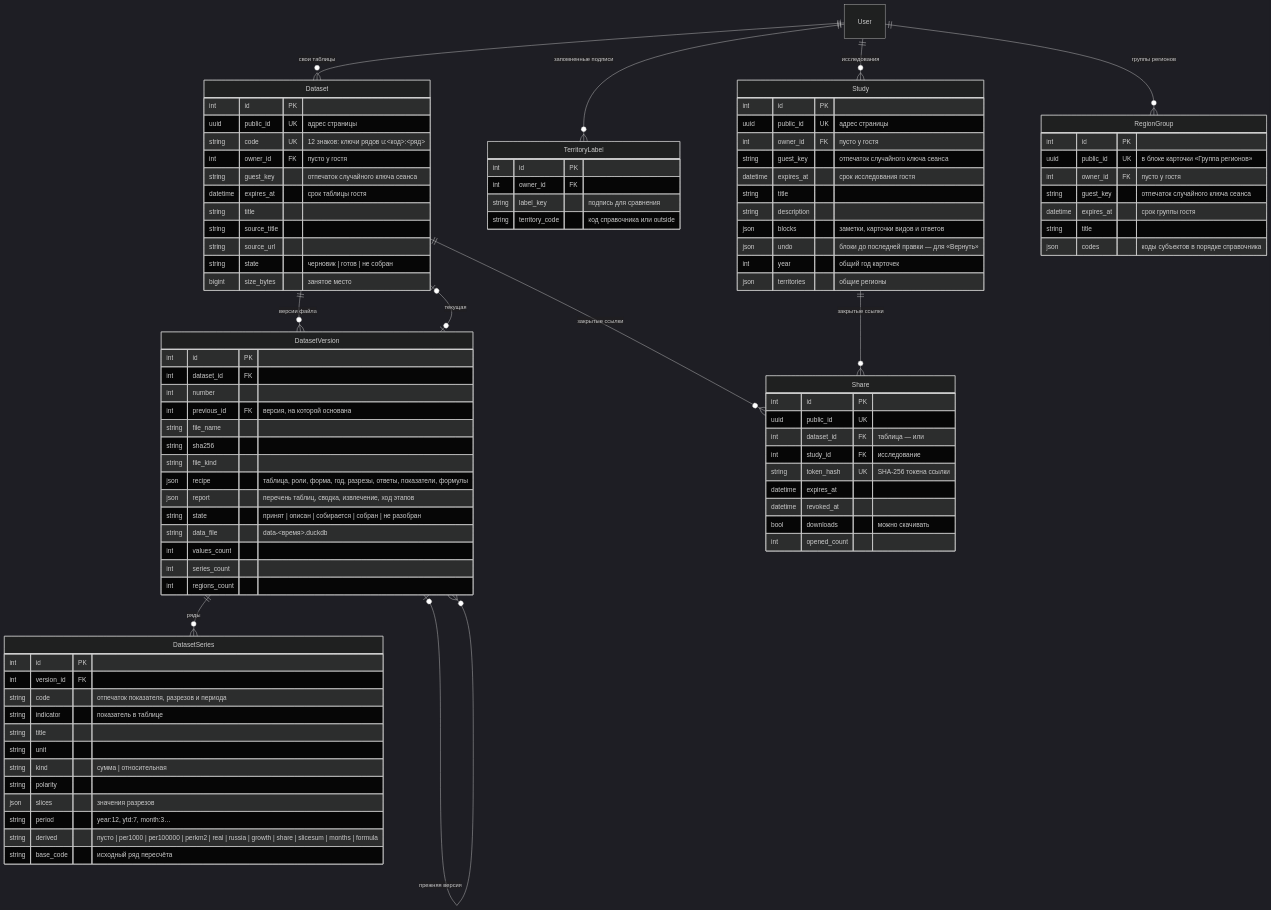
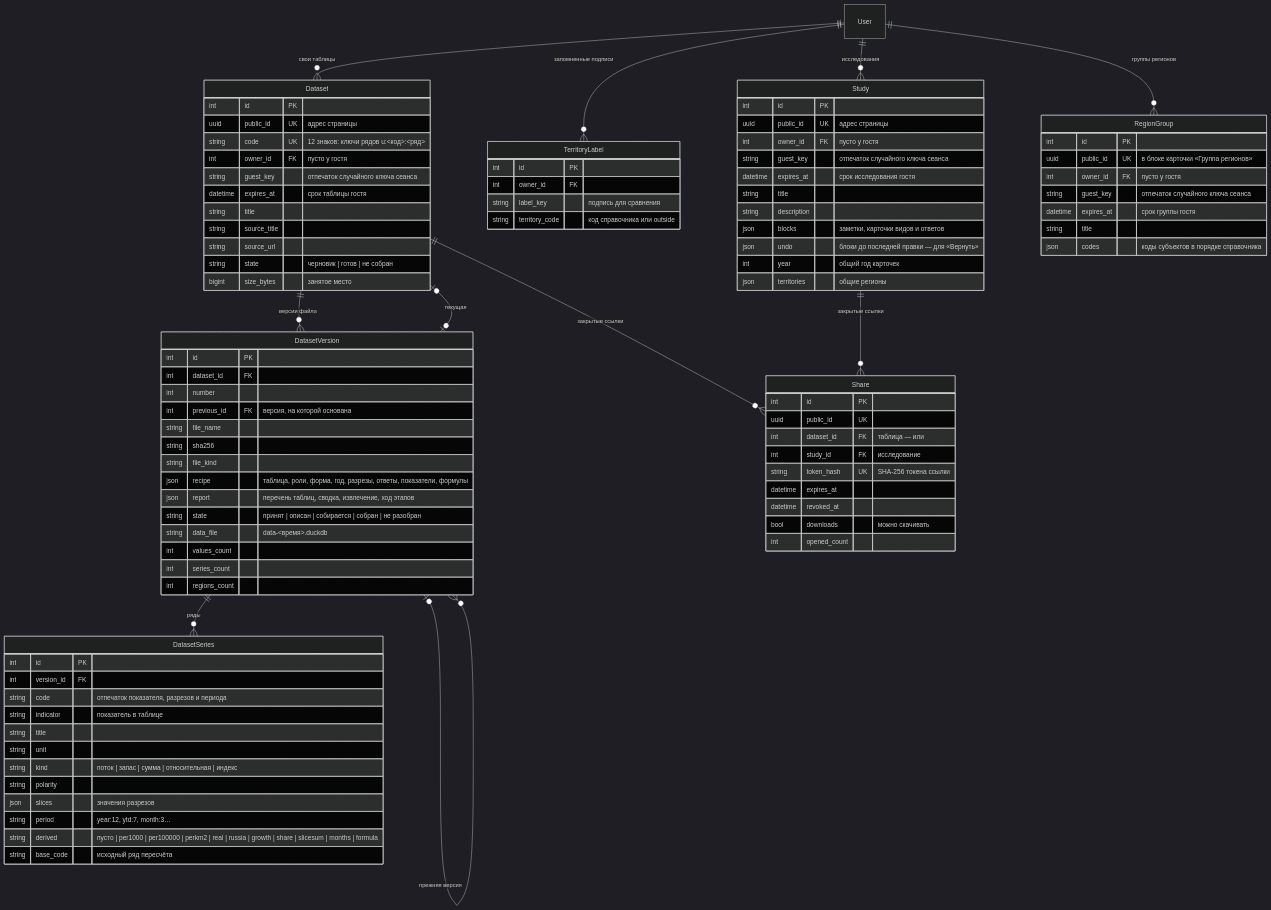
The third of 4 diagrams in docs/DATA_MODEL.md (ht2473/RegionLens_v2), drawn with Mermaid (dark theme) before and after one commit. The commit also changed other lines of this file and 1 other file, not shown here.

```diff
--- a/docs/DATA_MODEL.md
+++ b/docs/DATA_MODEL.md
@@ -234,7 +234,7 @@
         string indicator "показатель в таблице"
         string title
         string unit
-        string kind "сумма | относительная"
+        string kind "поток | запас | сумма | относительная | индекс"
         string polarity
         json slices "значения разрезов"
         string period "year:12, ytd:7, month:3…"
```
